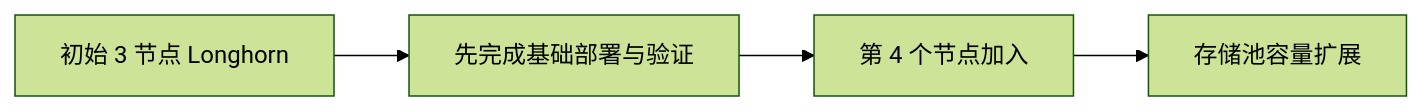
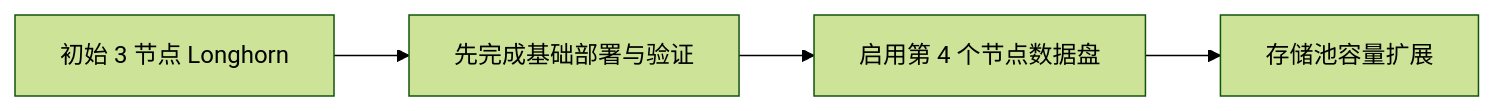
One commit to hwang-protocol/docker_k8s_2026 changed the fourth of 4 diagrams in k8s/04-storage-and-stateful/docs/00_storage_theory.md. Above: the diagram before and after it, drawn with Mermaid (forest theme). The commit also changed other lines of this file and 40 other files, not shown here.

````diff
--- a/k8s/04-storage-and-stateful/docs/00_storage_theory.md
+++ b/k8s/04-storage-and-stateful/docs/00_storage_theory.md
@@ -265,11 +268,11 @@
 ```mermaid
 flowchart LR
   initial[初始 3 节点 Longhorn]
   stable[先完成基础部署与验证]
-  addnode[第 4 个节点加入]
+  addnode[启用第 4 个节点数据盘]
   expand[存储池容量扩展]
 
   initial --> stable
   stable --> addnode
   addnode --> expand
 ```
````
